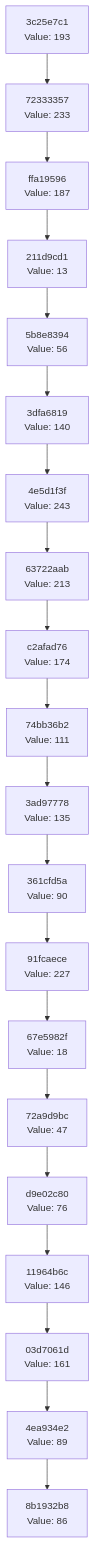
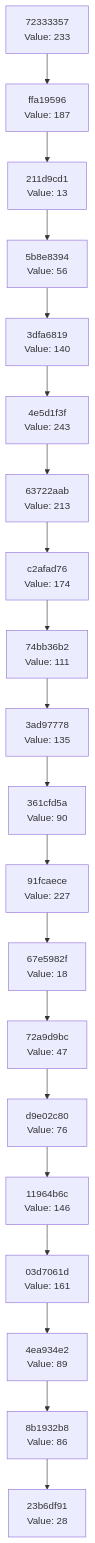
Before and after one commit to Abhisheksinha1506/hash-chain-evolver: the diagram in docs/CHAIN_VISUALIZATION.md, drawn with Mermaid. The commit also changed 3 other files, not shown here.

````diff
--- a/docs/CHAIN_VISUALIZATION.md
+++ b/docs/CHAIN_VISUALIZATION.md
@@ -3,42 +3,42 @@
 ```mermaid
 graph TD
-    C0["8b1932b8<br/>Value: 86"]
-    C1["4ea934e2<br/>Value: 89"]
+    C0["23b6df91<br/>Value: 28"]
+    C1["8b1932b8<br/>Value: 86"]
     C1 --> C0
-    C2["03d7061d<br/>Value: 161"]
+    C2["4ea934e2<br/>Value: 89"]
     C2 --> C1
-    C3["11964b6c<br/>Value: 146"]
+    C3["03d7061d<br/>Value: 161"]
     C3 --> C2
-    C4["d9e02c80<br/>Value: 76"]
+    C4["11964b6c<br/>Value: 146"]
     C4 --> C3
-    C5["72a9d9bc<br/>Value: 47"]
+    C5["d9e02c80<br/>Value: 76"]
     C5 --> C4
-    C6["67e5982f<br/>Value: 18"]
+    C6["72a9d9bc<br/>Value: 47"]
     C6 --> C5
-    C7["91fcaece<br/>Value: 227"]
+    C7["67e5982f<br/>Value: 18"]
     C7 --> C6
-    C8["361cfd5a<br/>Value: 90"]
+    C8["91fcaece<br/>Value: 227"]
     C8 --> C7
-    C9["3ad97778<br/>Value: 135"]
+    C9["361cfd5a<br/>Value: 90"]
     C9 --> C8
-    C10["74bb36b2<br/>Value: 111"]
+    C10["3ad97778<br/>Value: 135"]
     C10 --> C9
-    C11["c2afad76<br/>Value: 174"]
+    C11["74bb36b2<br/>Value: 111"]
     C11 --> C10
-    C12["63722aab<br/>Value: 213"]
+    C12["c2afad76<br/>Value: 174"]
     C12 --> C11
-    C13["4e5d1f3f<br/>Value: 243"]
+    C13["63722aab<br/>Value: 213"]
     C13 --> C12
-    C14["3dfa6819<br/>Value: 140"]
+    C14["4e5d1f3f<br/>Value: 243"]
     C14 --> C13
-    C15["5b8e8394<br/>Value: 56"]
+    C15["3dfa6819<br/>Value: 140"]
     C15 --> C14
-    C16["211d9cd1<br/>Value: 13"]
+    C16["5b8e8394<br/>Value: 56"]
     C16 --> C15
-    C17["ffa19596<br/>Value: 187"]
+    C17["211d9cd1<br/>Value: 13"]
     C17 --> C16
-    C18["72333357<br/>Value: 233"]
+    C18["ffa19596<br/>Value: 187"]
     C18 --> C17
-    C19["3c25e7c1<br/>Value: 193"]
+    C19["72333357<br/>Value: 233"]
     C19 --> C18
 ```
````
